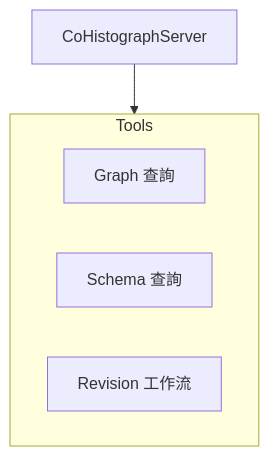
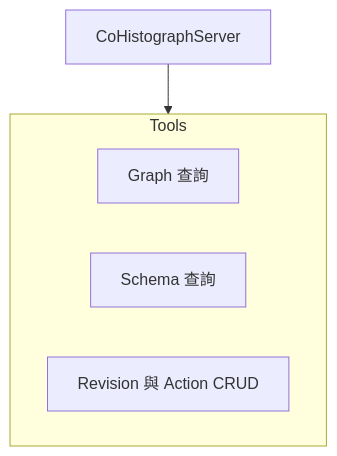
The diagram in .spec/mcp.md (danny50610/CoHistograph), drawn with Mermaid before and after one commit. The commit also changed other lines of this file, not shown here.

Commit message:
docs: MCP 規格改為 Revision action 單筆 CRUD 與排序

````diff
--- a/.spec/mcp.md
+++ b/.spec/mcp.md
@@ -107,11 +111,11 @@
 ```mermaid
 flowchart TB
     Server[CoHistographServer]
     Server --> Tools
 
     subgraph Tools["Tools"]
         T1[Graph 查詢]
         T2[Schema 查詢]
-        T3[Revision 工作流]
+        T3[Revision 與 Action CRUD]
     end
 ```
````
